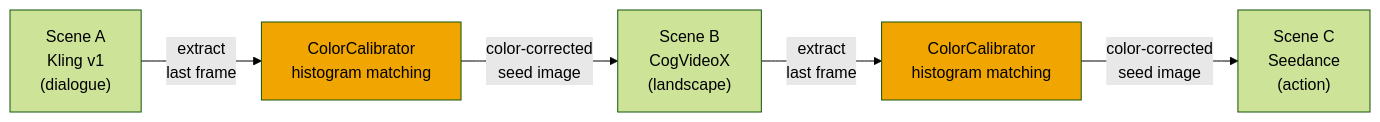
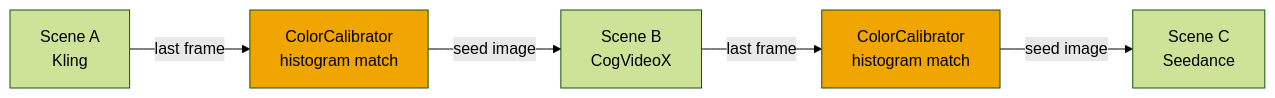
One commit to F-R-L/forge-film changed the third of 3 diagrams in README.md. Above: the diagram before and after it, drawn with Mermaid (forest theme). The commit also changed other lines of this file, not shown here.

````diff
--- a/README.md
+++ b/README.md
@@ -75,9 +73,9 @@
 ```mermaid
 flowchart LR
-    A["Scene A\nKling v1\n(dialogue)"] -->|"extract\nlast frame"| B["ColorCalibrator\nhistogram matching"]
-    B -->|"color-corrected\nseed image"| C["Scene B\nCogVideoX\n(landscape)"]
-    C -->|"extract\nlast frame"| D["ColorCalibrator\nhistogram matching"]
-    D -->|"color-corrected\nseed image"| E["Scene C\nSeedance\n(action)"]
+    A["Scene A\nKling"] -->|"last frame"| B["ColorCalibrator\nhistogram match"]
+    B -->|"seed image"| C["Scene B\nCogVideoX"]
+    C -->|"last frame"| D["ColorCalibrator\nhistogram match"]
+    D -->|"seed image"| E["Scene C\nSeedance"]
     style B fill:#f0a500,color:#000
     style D fill:#f0a500,color:#000
 ```
````
